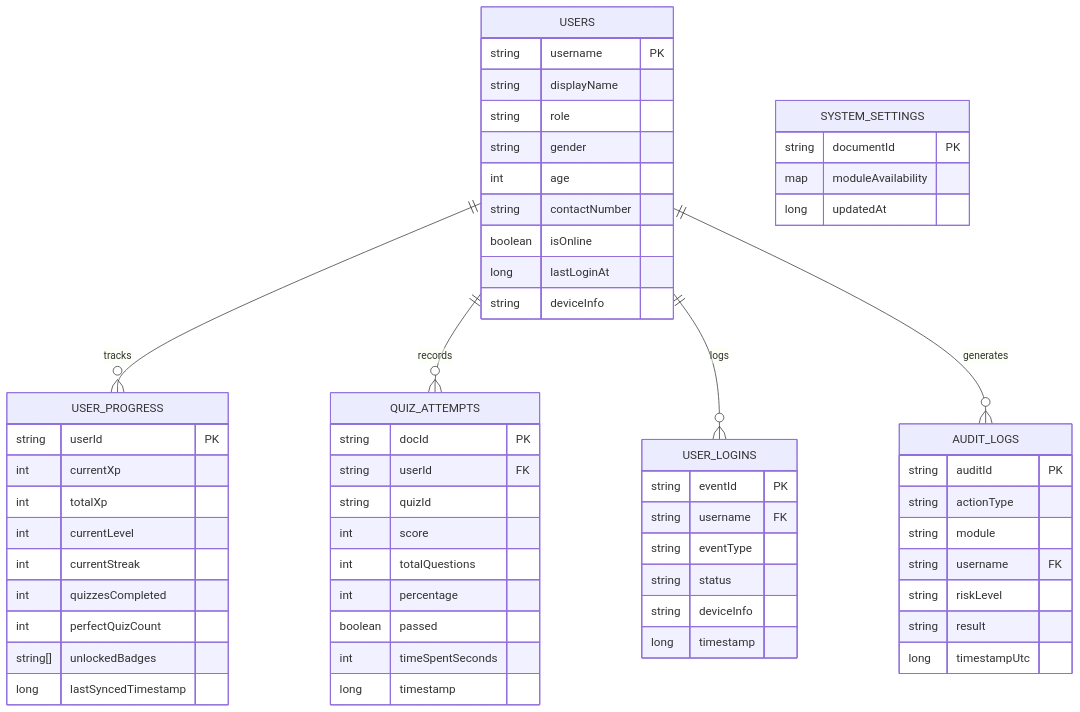
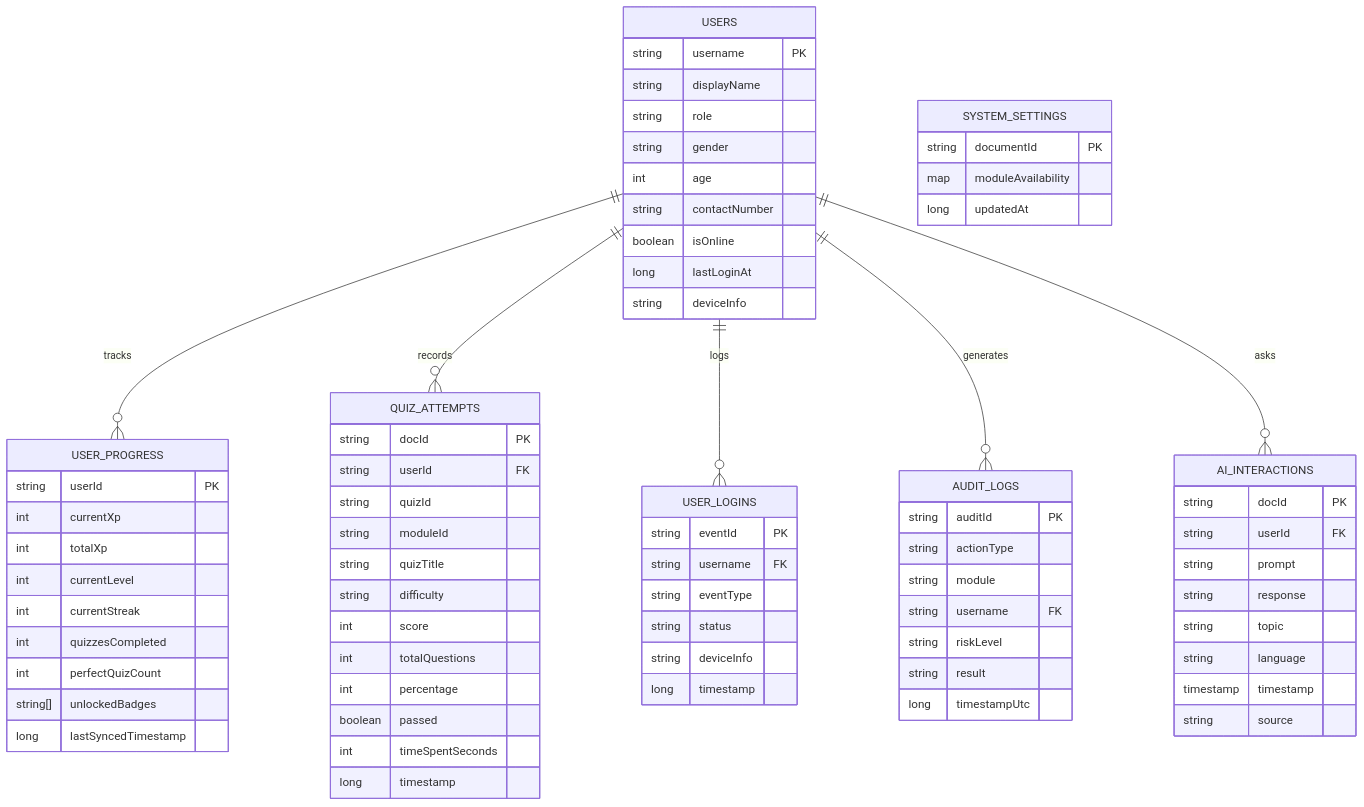
Before and after one commit to jiemmm03/Gamified-Road-Safety-Awareness: the second of 2 diagrams in SYSTEM_FEATURE_AUDIT.md, drawn with Mermaid. The commit also changed other lines of this file, not shown here.

```diff
--- a/SYSTEM_FEATURE_AUDIT.md
+++ b/SYSTEM_FEATURE_AUDIT.md
@@ -206,6 +219,7 @@
     USERS ||--o{ QUIZ_ATTEMPTS : records
     USERS ||--o{ USER_LOGINS : logs
     USERS ||--o{ AUDIT_LOGS : generates
+    USERS ||--o{ AI_INTERACTIONS : asks
 
     USERS {
         string username PK
@@ -235,6 +249,9 @@
         string docId PK
         string userId FK
         string quizId
+        string moduleId
+        string quizTitle
+        string difficulty
         int score
         int totalQuestions
         int percentage
@@ -262,6 +279,17 @@
         long timestampUtc
     }
 
+    AI_INTERACTIONS {
+        string docId PK
+        string userId FK
+        string prompt
+        string response
+        string topic
+        string language
+        timestamp timestamp
+        string source
+    }
+
     SYSTEM_SETTINGS {
         string documentId PK
         map moduleAvailability
```
